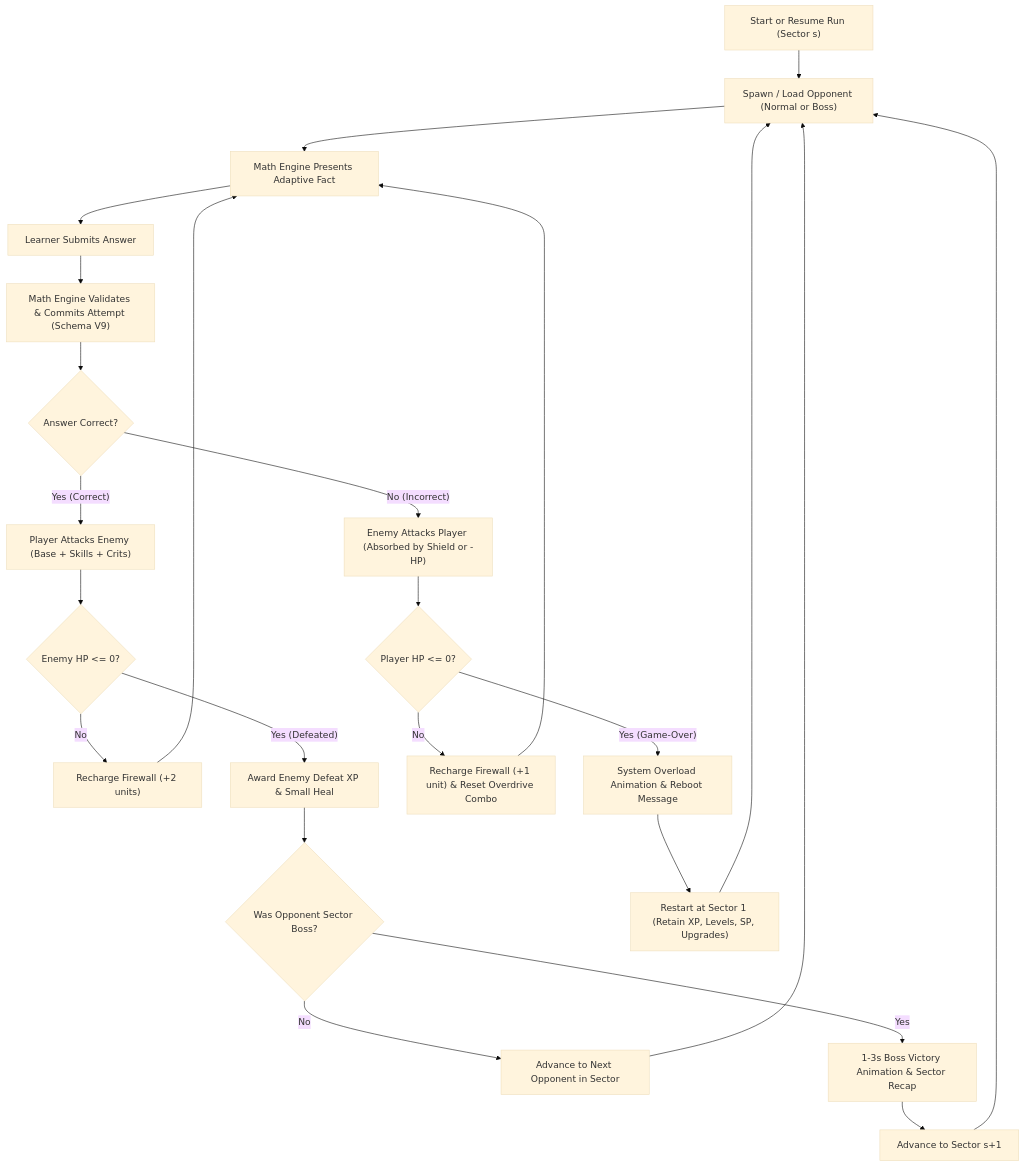
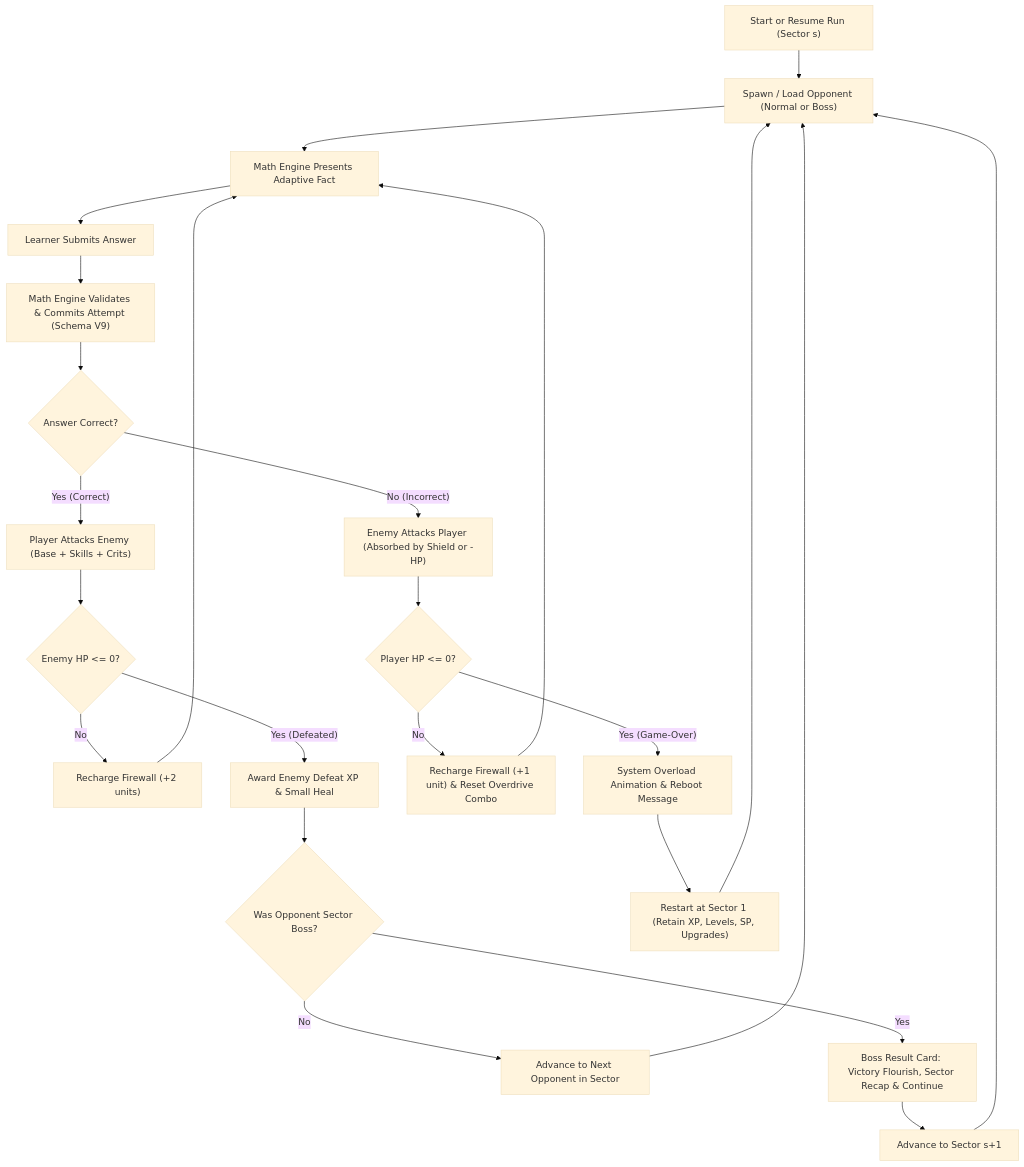
Before and after one commit to Tachiguro/MathFirst: the diagram in docs/superpowers/specs/2026-10-08-cyber-defense-roguelite-gdd.md, drawn with Mermaid (base theme). The commit also changed other lines of this file and 17 other files, not shown here.

First line of the commit message:
feat(cyber-defense): single animated boss result card with immediate Continue and visible HP label (#138)

````diff
--- a/docs/superpowers/specs/2026-10-08-cyber-defense-roguelite-gdd.md
+++ b/docs/superpowers/specs/2026-10-08-cyber-defense-roguelite-gdd.md
@@ -80,35 +80,35 @@
 ```mermaid
 flowchart TD
     StartRun["Start or Resume Run (Sector s)"] --> NextEnemy["Spawn / Load Opponent (Normal or Boss)"]
     NextEnemy --> MathPrompt["Math Engine Presents Adaptive Fact"]
     MathPrompt --> LearnerInput["Learner Submits Answer"]
     LearnerInput --> MathEval["Math Engine Validates & Commits Attempt (Schema V9)"]
 
     MathEval --> GameDispatch{"Answer Correct?"}
 
     GameDispatch -- "Yes (Correct)" --> PlayerAttack["Player Attacks Enemy (Base + Skills + Crits)"]
     PlayerAttack --> CheckEnemy{"Enemy HP <= 0?"}
 
     GameDispatch -- "No (Incorrect)" --> EnemyAttack["Enemy Attacks Player (Absorbed by Shield or -HP)"]
     EnemyAttack --> CheckPlayer{"Player HP <= 0?"}
 
     CheckEnemy -- "No" --> RechargeShields["Recharge Firewall (+2 units)"]
     RechargeShields --> MathPrompt
 
     CheckEnemy -- "Yes (Defeated)" --> AwardEnemyXP["Award Enemy Defeat XP & Small Heal"]
     AwardEnemyXP --> IsBossDefeated{"Was Opponent Sector Boss?"}
 
     IsBossDefeated -- "No" --> AdvanceNextEnemy["Advance to Next Opponent in Sector"]
     AdvanceNextEnemy --> NextEnemy
 
-    IsBossDefeated -- "Yes" --> BossVictory["1-3s Boss Victory Animation & Sector Recap"]
+    IsBossDefeated -- "Yes" --> BossVictory["Boss Result Card: Victory Flourish, Sector Recap & Continue"]
     BossVictory --> NextSector["Advance to Sector s+1"]
     NextSector --> NextEnemy
 
     CheckPlayer -- "No" --> RechargeShieldsError["Recharge Firewall (+1 unit) & Reset Overdrive Combo"]
     RechargeShieldsError --> MathPrompt
 
     CheckPlayer -- "Yes (Game-Over)" --> SystemOverload["System Overload Animation & Reboot Message"]
     SystemOverload --> ResetRun["Restart at Sector 1 (Retain XP, Levels, SP, Upgrades)"]
     ResetRun --> NextEnemy
 ```
````
